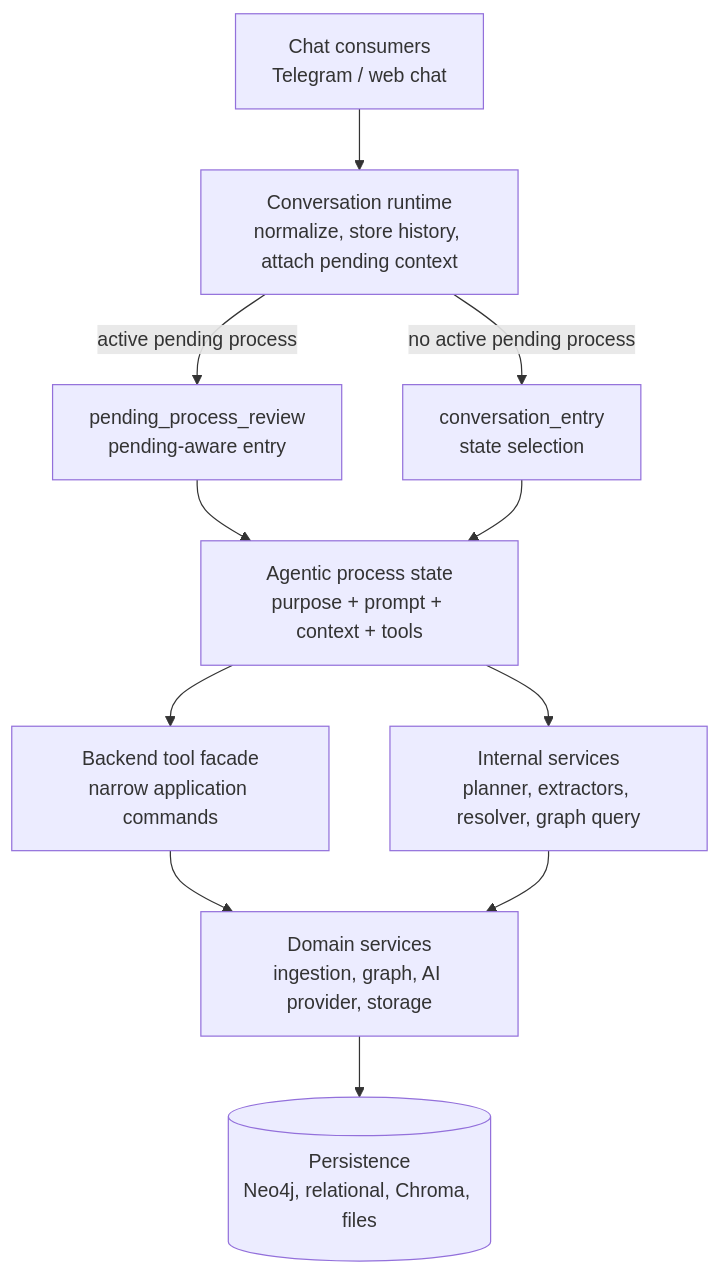
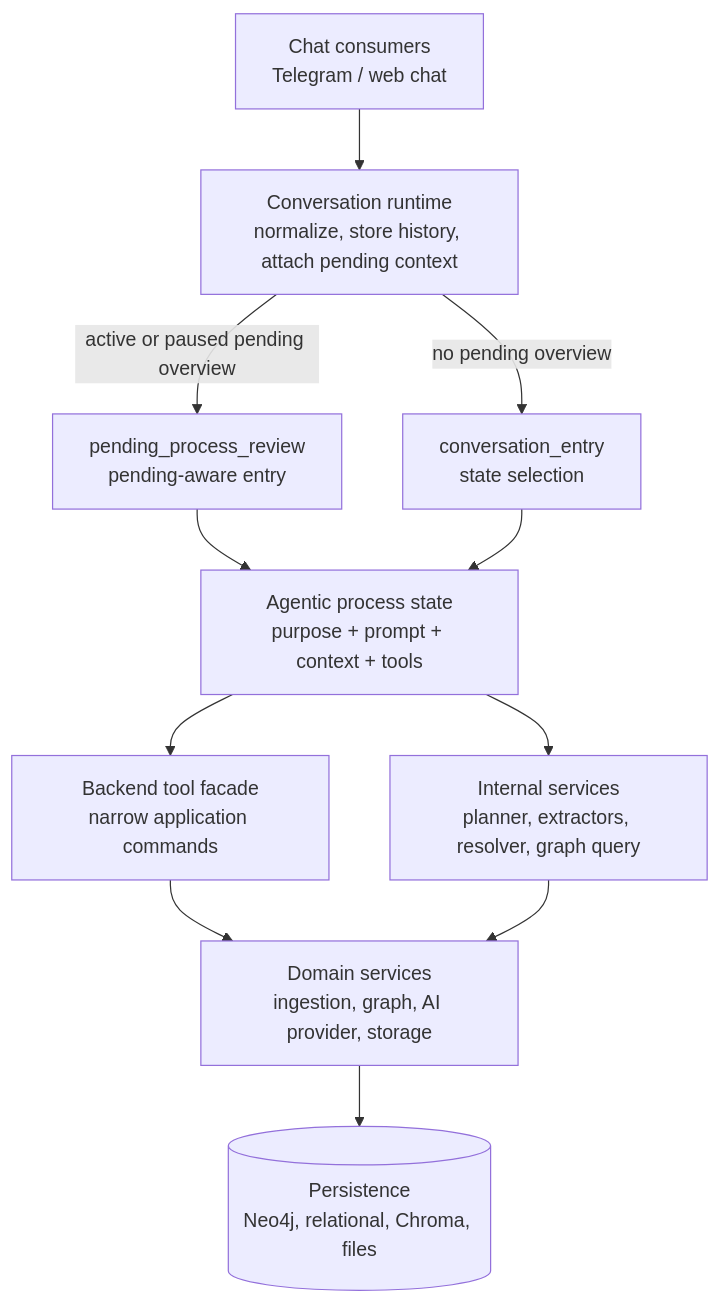
The first of 3 diagrams in docs/architecture/agentic-orchestration.md (applebar17/my-digital-brain), drawn with Mermaid before and after one commit. The commit also changed other lines of this file and 26 other files, not shown here.

````diff
--- a/docs/architecture/agentic-orchestration.md
+++ b/docs/architecture/agentic-orchestration.md
@@ -36,13 +36,13 @@
 ```mermaid
 flowchart TD
     C[Chat consumers<br/>Telegram / web chat] --> R[Conversation runtime<br/>normalize, store history, attach pending context]
-    R -->|no active pending process| E[conversation_entry<br/>state selection]
-    R -->|active pending process| PR[pending_process_review<br/>pending-aware entry]
+    R -->|no pending overview| E[conversation_entry<br/>state selection]
+    R -->|active or paused pending overview| PR[pending_process_review<br/>pending-aware entry]
     PR --> A[Agentic process state<br/>purpose + prompt + context + tools]
     E --> A[Agentic process state<br/>purpose + prompt + context + tools]
     A --> T[Backend tool facade<br/>narrow application commands]
     A --> S[Internal services<br/>planner, extractors, resolver, graph query]
     T --> D[Domain services<br/>ingestion, graph, AI provider, storage]
     S --> D
     D --> P[(Persistence<br/>Neo4j, relational, Chroma, files)]
 ```
````
